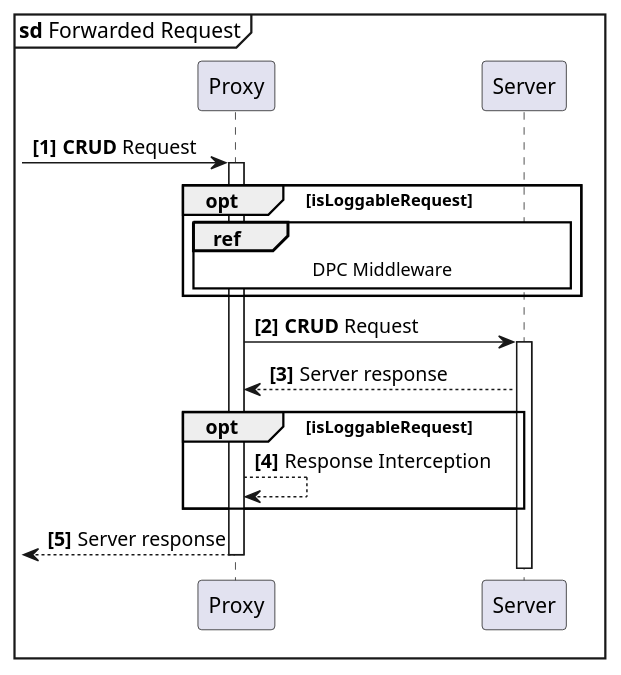
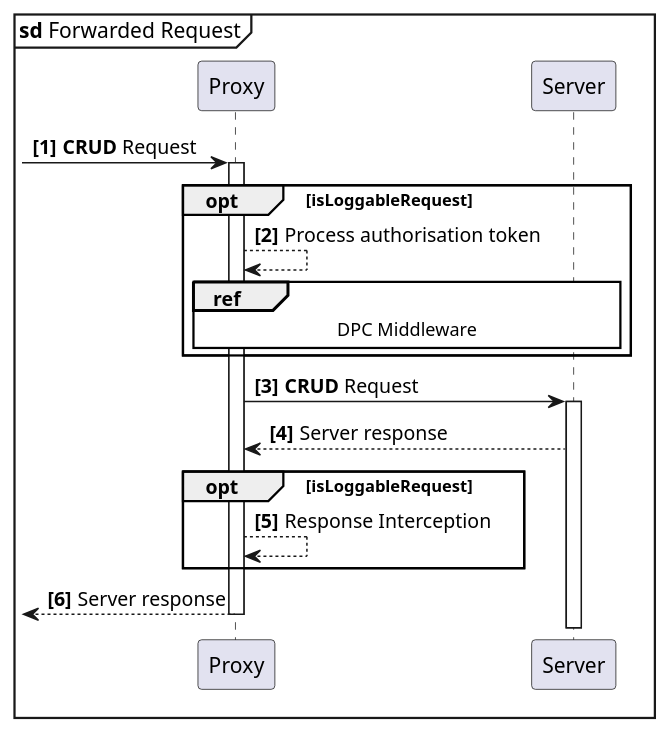
One commit to guddii/SEACT changed the diagram in docs/resources/diagrams/sd_Forwarded_request.puml. Above: the diagram before and after it, drawn with PlantUML. The commit also changed 7557 other files, not shown here.

```diff
--- a/docs/resources/diagrams/sd_Forwarded_request.puml
+++ b/docs/resources/diagrams/sd_Forwarded_request.puml
@@ -1,24 +1,24 @@
 @startuml
 'https://plantuml.com/sequence-diagram
 
 skinparam sequenceReferenceBackgroundColor white
 
 mainframe **sd** Forwarded Request
 autonumber 1 1 "<b>[0]"
 
 participant "Proxy" as Proxy
 participant "Server" as Server
 
         [->  Proxy  ++  : **CRUD** Request
         opt isLoggableRequest
-        ||5||
+Proxy   --> Proxy       : Process authorisation token
         ref over Proxy, Server : DPC Middleware
         end
 Proxy   ->  Server  ++  : **CRUD** Request
 Proxy   <-- Server      : Server response
 opt isLoggableRequest
 Proxy   --> Proxy       : Response Interception
 end
         [<-- Proxy  --  : Server response
 
 @enduml
```
